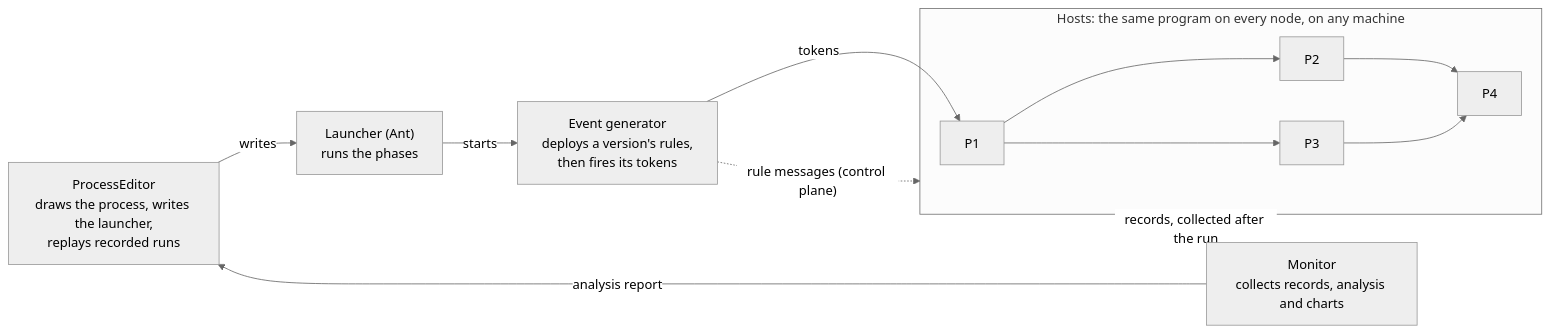
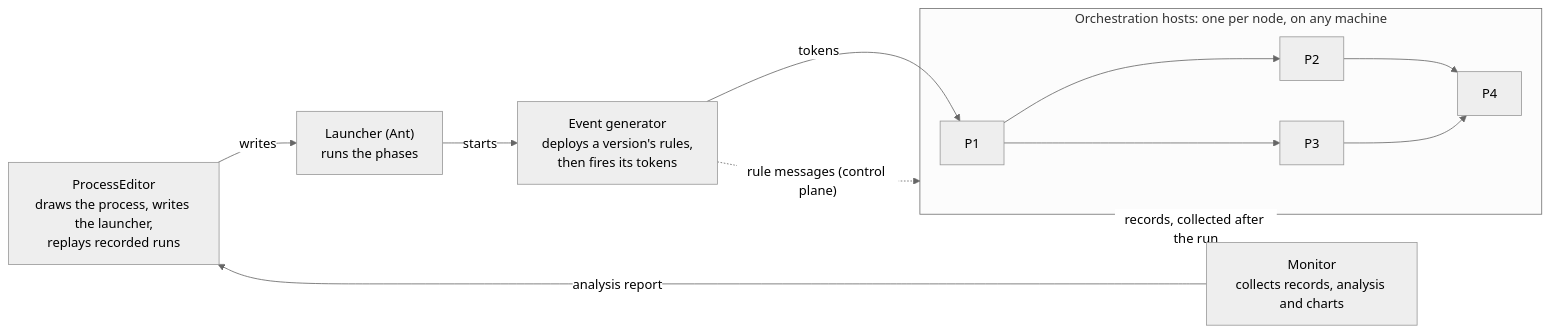
One commit to AlexanderAdelAU/Rule-Propagated-Service-Orchestration changed the first of 3 diagrams in Architecture.md. Above: the diagram before and after it, drawn with Mermaid (neutral theme). The commit also changed other lines of this file and 1 other file, not shown here.

First line of the commit message:
Architecture.md: define the terms first and use them throughout

````diff
--- a/Architecture.md
+++ b/Architecture.md
@@ -13,16 +33,16 @@
 ```mermaid
 flowchart LR
     ED["ProcessEditor<br/>draws the process, writes the launcher,<br/>replays recorded runs"]
     L["Launcher (Ant)<br/>runs the phases"]
     G["Event generator<br/>deploys a version's rules,<br/>then fires its tokens"]
-    subgraph Hosts["Hosts: the same program on every node, on any machine"]
+    subgraph Hosts["Orchestration hosts: one per node, on any machine"]
         P1["P1"] --> P2["P2"] & P3["P3"]
         P2 & P3 --> P4["P4"]
     end
     M["Monitor<br/>collects records, analysis and charts"]
     ED -- "writes" --> L -- "starts" --> G
     G -. "rule messages (control plane)" .-> Hosts
     G -- "tokens" --> P1
     Hosts -. "records, collected after the run" .-> M
     M -- "analysis report" --> ED
 ```
````
